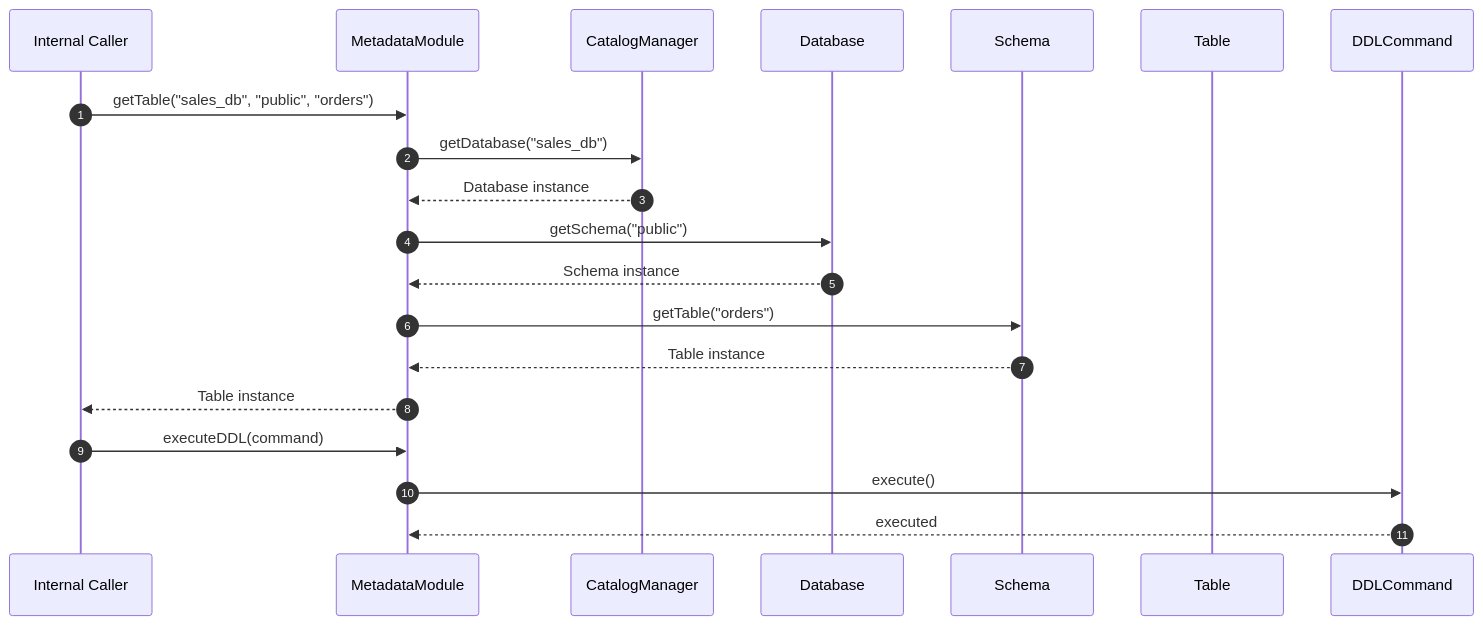
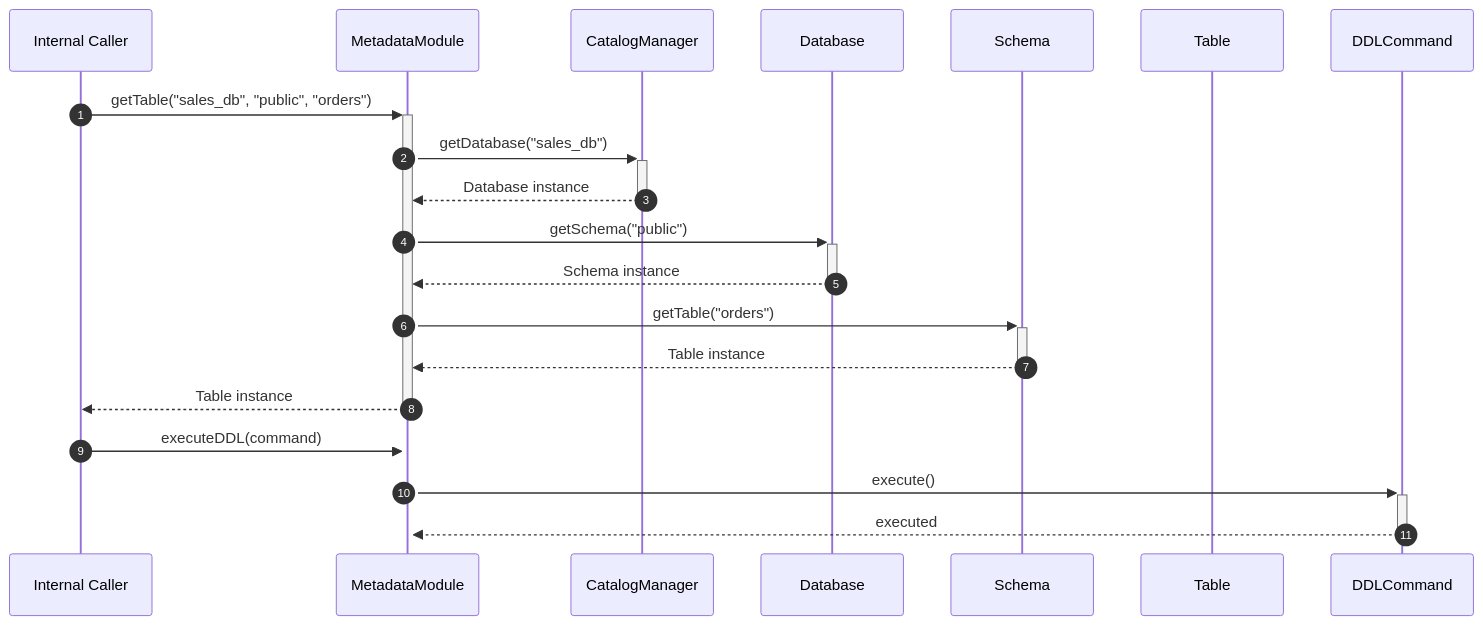
One commit to Dikhang1112/Database_Management_BBV changed the second of 14 diagrams in docs/design_patterns/README.md. Above: the diagram before and after it, drawn with Mermaid. The commit also changed other lines of this file and 12 other files, not shown here.

Commit message:
Refactor sequece diagram

````diff
--- a/docs/design_patterns/README.md
+++ b/docs/design_patterns/README.md
@@ -548,24 +548,24 @@
 ```mermaid
 sequenceDiagram
     autonumber
     participant Caller as Internal Caller
     participant Facade as MetadataModule
     participant CM as CatalogManager
     participant DB as Database
     participant Schema as Schema
     participant Table as Table
     participant Cmd as DDLCommand
 
-    Caller->>Facade: getTable("sales_db", "public", "orders")
-    Facade->>CM: getDatabase("sales_db")
-    CM-->>Facade: Database instance
-    Facade->>DB: getSchema("public")
-    DB-->>Facade: Schema instance
-    Facade->>Schema: getTable("orders")
-    Schema-->>Facade: Table instance
-    Facade-->>Caller: Table instance
+    Caller->>+Facade: getTable("sales_db", "public", "orders")
+    Facade->>+CM: getDatabase("sales_db")
+    CM-->>-Facade: Database instance
+    Facade->>+DB: getSchema("public")
+    DB-->>-Facade: Schema instance
+    Facade->>+Schema: getTable("orders")
+    Schema-->>-Facade: Table instance
+    Facade-->>-Caller: Table instance
 
-    Caller->>Facade: executeDDL(command)
-    Facade->>Cmd: execute()
-    Cmd-->>Facade: executed
+    Caller->>+Facade: executeDDL(command)
+    Facade->>+Cmd: execute()
+    Cmd-->>-Facade: executed
 ```
````
